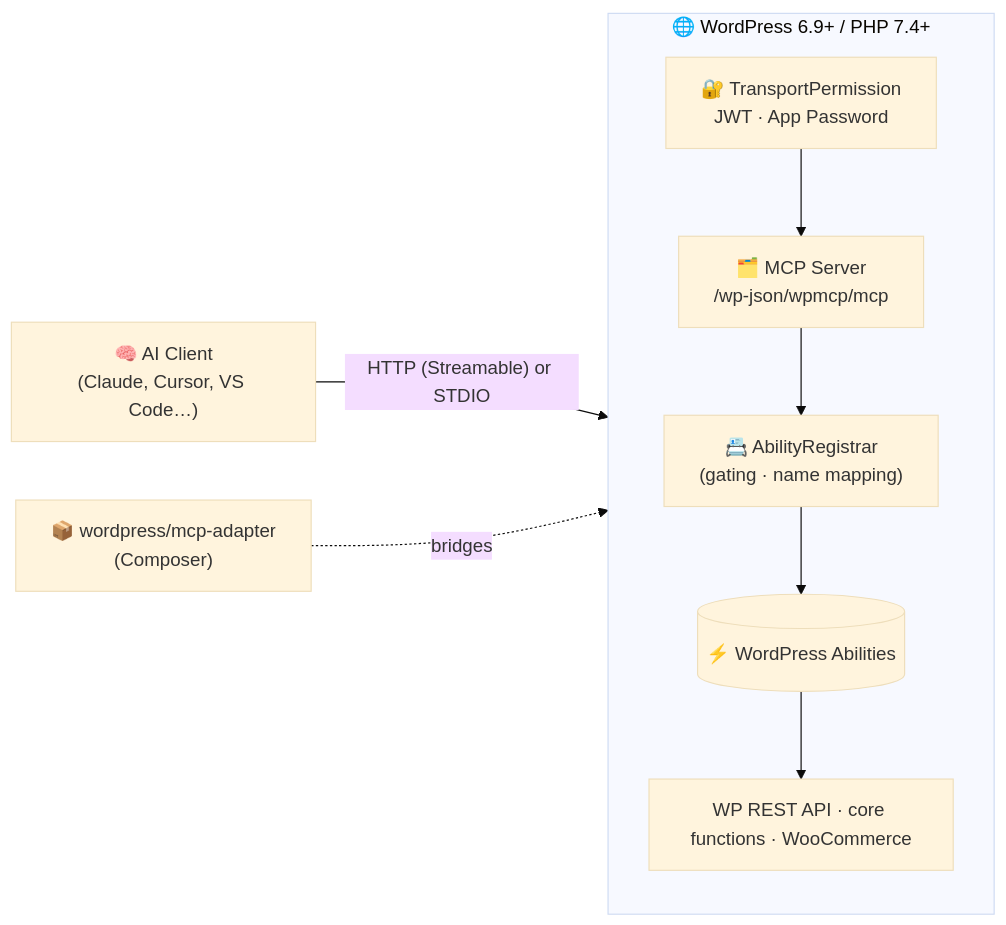
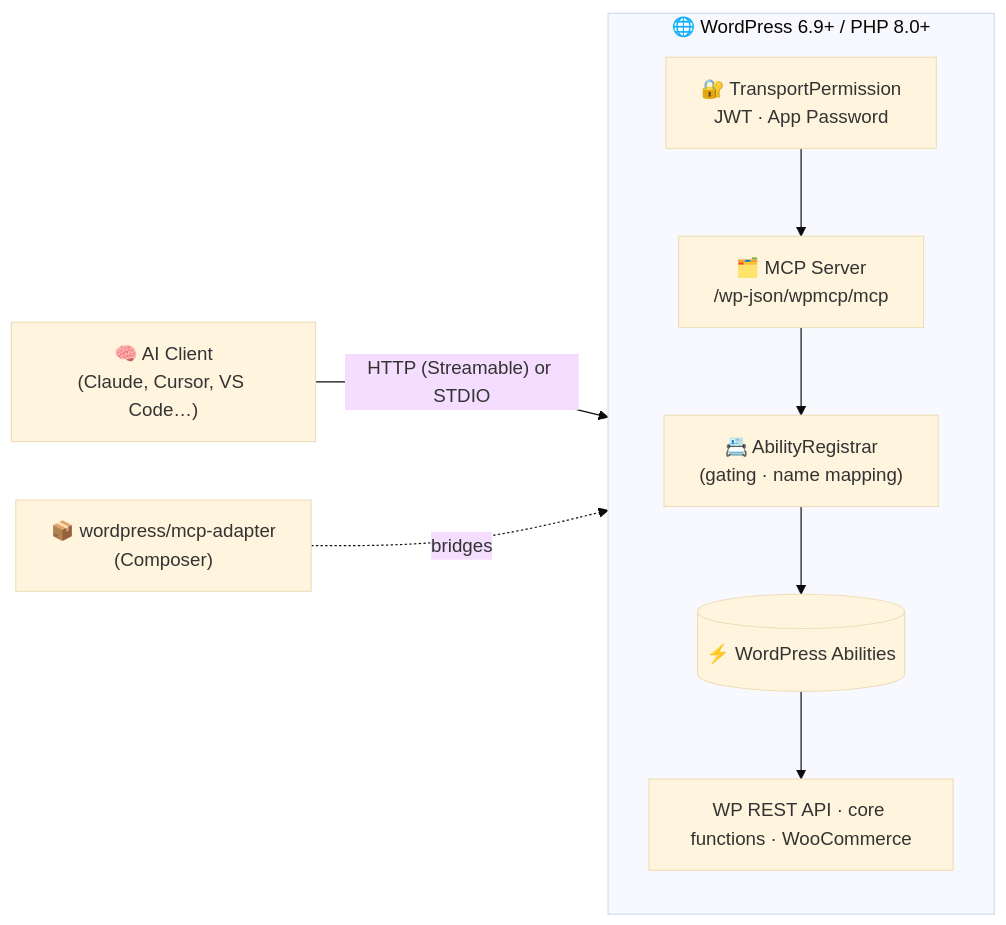
Before and after one commit to consigcody94/wordpress-mcp-modern: the first of 2 diagrams in README.md, drawn with Mermaid (base theme). The commit also changed other lines of this file and 2 other files, not shown here.

First line of the commit message:
fix: declare PHP 8.0 minimum to match locked dependencies

````diff
--- a/README.md
+++ b/README.md
@@ -59,18 +59,18 @@
 ```mermaid
 flowchart LR
     Client["🧠 AI Client<br/>(Claude, Cursor, VS Code…)"]
 
-    subgraph WP["🌐 WordPress 6.9+ / PHP 7.4+"]
+    subgraph WP["🌐 WordPress 6.9+ / PHP 8.0+"]
         direction TB
         Perm["🔐 TransportPermission<br/>JWT · App Password"]
         Server["🗂️ MCP Server<br/>/wp-json/wpmcp/mcp"]
         Reg["📇 AbilityRegistrar<br/>(gating · name mapping)"]
         Abilities[("⚡ WordPress Abilities")]
         Core["WP REST API · core functions · WooCommerce"]
 
         Perm --> Server --> Reg --> Abilities --> Core
     end
 
     Client -->|"HTTP (Streamable) or STDIO"| Perm
     mcp["📦 wordpress/mcp-adapter<br/>(Composer)"] -.bridges.-> Server
 ```
````
